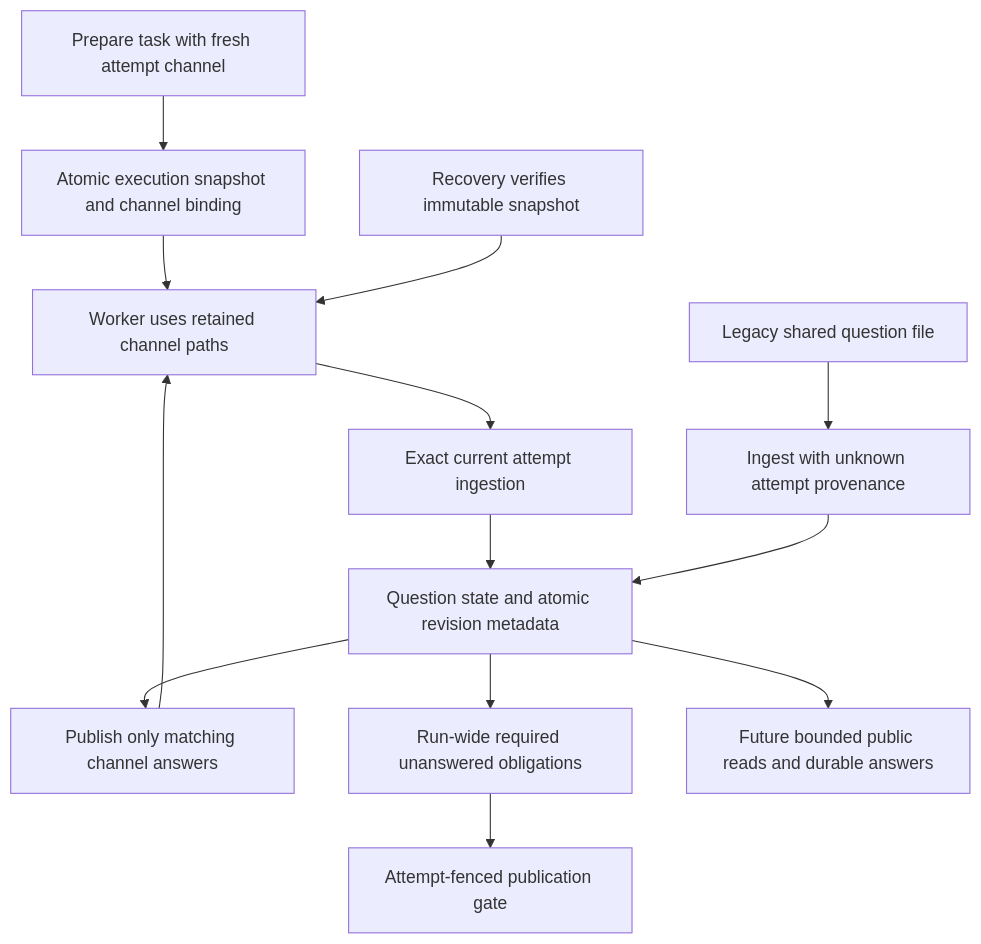
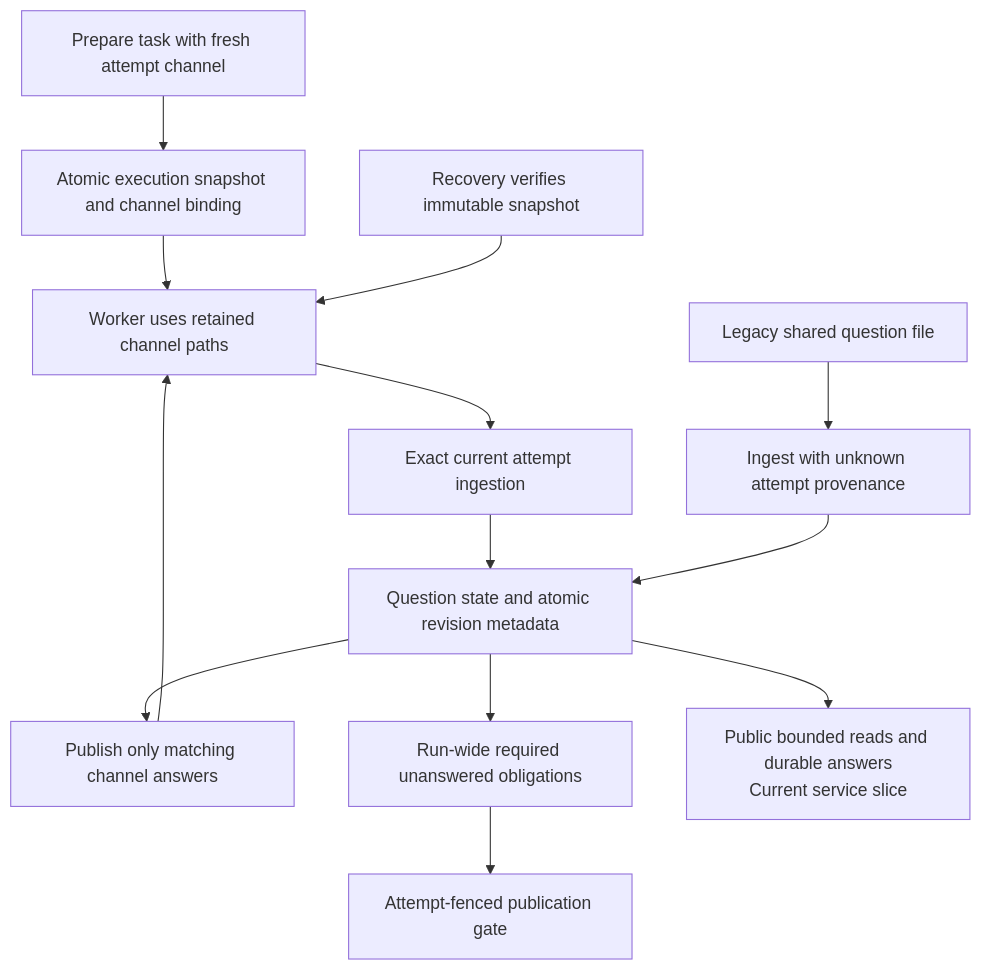
One commit to nloehlein-godaddy/helmsman changed the third of 3 diagrams in docs/plugin-phase-e4-implementation.md. Above: the diagram before and after it, drawn with Mermaid. The commit also changed other lines of this file and 104 other files, not shown here.

````diff
--- a/docs/plugin-phase-e4-implementation.md
+++ b/docs/plugin-phase-e4-implementation.md
@@ -183,15 +183,15 @@
 ```mermaid
 flowchart TD
     Task[Prepare task with fresh attempt channel] --> Admission[Atomic execution snapshot and channel binding]
     Admission --> Worker[Worker uses retained channel paths]
     Recovery[Recovery verifies immutable snapshot] --> Worker
     Worker --> Ingest[Exact current attempt ingestion]
     Shared[Legacy shared question file] --> Unknown[Ingest with unknown attempt provenance]
     Ingest --> Questions[Question state and atomic revision metadata]
     Unknown --> Questions
     Questions --> Delivery[Publish only matching channel answers]
     Delivery --> Worker
     Questions --> Obligations[Run-wide required unanswered obligations]
     Obligations --> Gate[Attempt-fenced publication gate]
-    Questions --> Reads[Future bounded public reads and durable answers]
+    Questions --> Reads[Public bounded reads and durable answers<br/>Current service slice]
 ```
````
